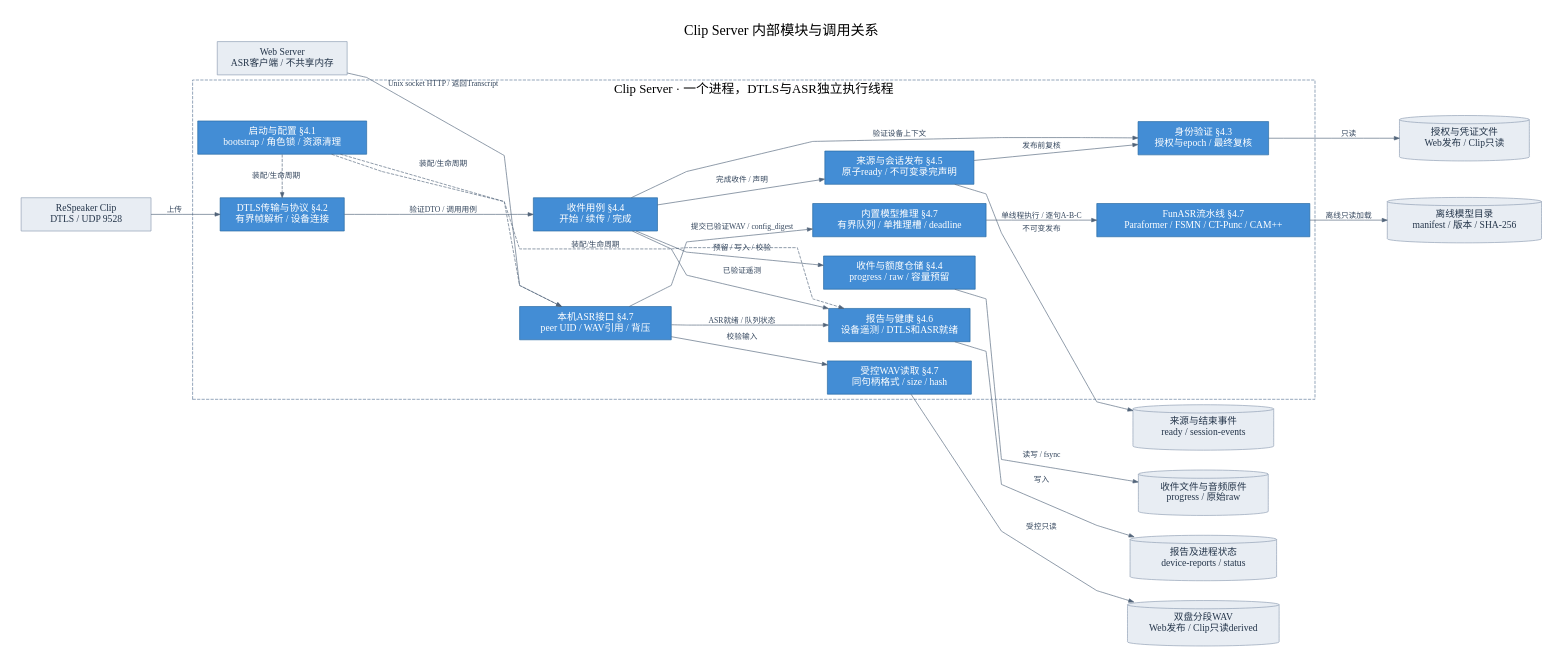
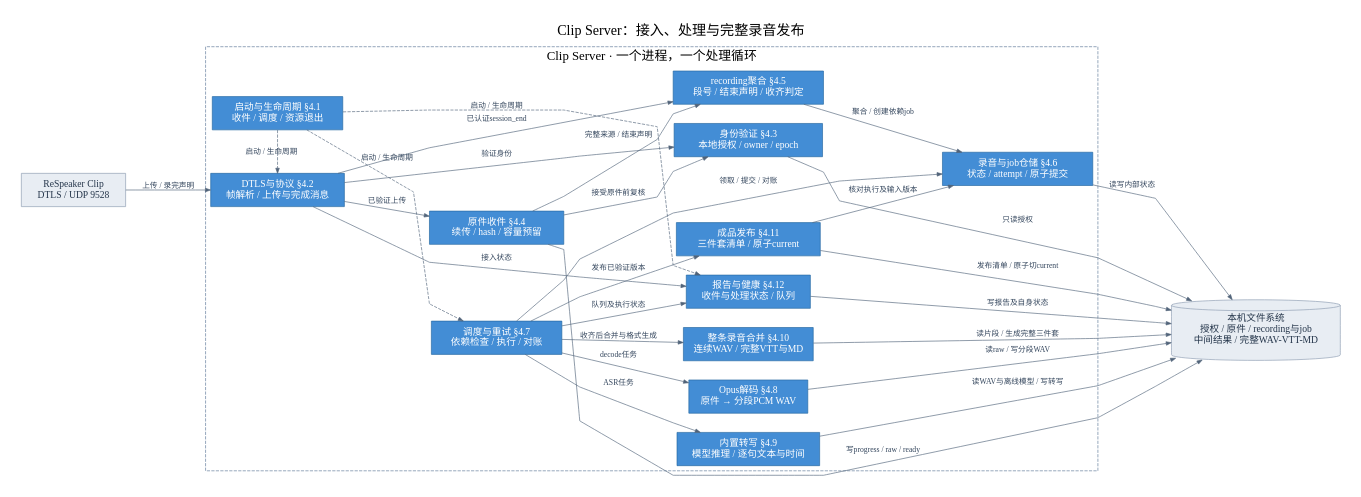
The diagram in docs/assets/diagrams/09-clip-components.dot (boboliu-1010/speaker), drawn with Graphviz before and after one commit. The commit also changed 14 other files, not shown here.

```diff
--- a/docs/assets/diagrams/09-clip-components.dot
+++ b/docs/assets/diagrams/09-clip-components.dot
@@ -1,48 +1,47 @@
 digraph G {
-graph [rankdir=LR, bgcolor="white", pad="0.35", nodesep="0.42", ranksep="0.65", splines=polyline, fontname="PingFang SC", fontsize=22, labelloc=t, label="Clip Server 内部模块与调用关系"];
-node [shape=box, style="filled", fillcolor="#438dd5", color="#2366a0", fontcolor=white, fontname="PingFang SC", fontsize=15, margin="0.18,0.12"];
+graph [rankdir=LR, bgcolor="white", pad="0.35", nodesep="0.42", ranksep="0.7", splines=polyline, fontname="PingFang SC", fontsize=22, labelloc=t, label="Clip Server：接入、处理与完整录音发布"];
+node [shape=box, style=filled, fillcolor="#438dd5", color="#2366a0", fontcolor=white, fontname="PingFang SC", fontsize=15, margin="0.18,0.12"];
 edge [fontname="PingFang SC", fontsize=12, color="#516379", fontcolor="#34465d", arrowsize=0.8];
-subgraph cluster_service {
-label="Clip Server · 一个进程，DTLS与ASR独立执行线程"; color="#5a7596"; style=dashed; fontsize=20;
-boot [width=3.67, label="启动与配置 §4.1\nbootstrap / 角色锁 / 资源清理"];
-dtls [width=2.70, label="DTLS传输与协议 §4.2\n有界帧解析 / 设备连接"];
-upload [width=2.70, label="收件用例 §4.4\n开始 / 续传 / 完成"];
-auth [width=2.83, label="身份验证 §4.3\n授权与epoch / 最终复核"];
-files [width=3.29, label="收件与额度仓储 §4.4\nprogress / raw / 容量预留"];
-publish [width=3.24, label="来源与会话发布 §4.5\n原子ready / 不可变录完声明"];
-report [width=3.07, label="报告与健康 §4.6\n设备遥测 / DTLS和ASR就绪"];
-api [width=3.29, label="本机ASR接口 §4.7\npeer UID / WAV引用 / 背压"];
-wavread [width=3.13, label="受控WAV读取 §4.7\n同句柄格式 / size / hash"];
-infer [width=3.76, label="内置模型推理 §4.7\n有界队列 / 单推理槽 / deadline"];
-model [width=4.63, label="FunASR流水线 §4.7\nParaformer / FSMN / CT-Punc / CAM++"];
+subgraph cluster_service { label="Clip Server · 一个进程，一个处理循环"; color="#5a7596"; style=dashed; fontsize=20;
+boot [width=2.84, label="启动与生命周期 §4.1\n收件 / 调度 / 资源退出"];
+protocol [width=2.90, label="DTLS与协议 §4.2\n帧解析 / 上传与完成消息"];
+auth [width=3.22, label="身份验证 §4.3\n本地授权 / owner / epoch"];
+upload [width=2.91, label="原件收件 §4.4\n续传 / hash / 容量预留"];
+group [width=3.26, label="recording聚合 §4.5\n段号 / 结束声明 / 收齐判定"];
+repo [width=3.27, label="录音与job仓储 §4.6\n状态 / attempt / 原子提交"];
+worker [width=2.84, label="调度与重试 §4.7\n依赖检查 / 执行 / 对账"];
+decode [width=2.58, label="Opus解码 §4.8\n原件 → 分段PCM WAV"];
+asr [width=3.10, label="内置转写 §4.9\n模型推理 / 逐句文本与时间"];
+merge [width=2.82, label="整条录音合并 §4.10\n连续WAV / 完整VTT与MD"];
+publish [width=3.12, label="成品发布 §4.11\n三件套清单 / 原子current"];
+health [width=2.69, label="报告与健康 §4.12\n收件与处理状态 / 队列"];
 }
-device [width=2.82, shape=box, fillcolor="#e8edf3", color="#8b9bb0", fontcolor="#24354a", label="ReSpeaker Clip\nDTLS / UDP 9528"];
-web [width=2.82, shape=box, fillcolor="#e8edf3", color="#8b9bb0", fontcolor="#24354a", label="Web Server\nASR客户端 / 不共享内存"];
-authfile [width=2.82, shape=cylinder, fillcolor="#e8edf3", color="#8b9bb0", fontcolor="#24354a", label="授权与凭证文件\nWeb发布 / Clip只读"];
-raw [width=2.82, shape=cylinder, fillcolor="#e8edf3", color="#8b9bb0", fontcolor="#24354a", label="收件文件与音频原件\nprogress / 原始raw"];
-ready [width=3.06, shape=cylinder, fillcolor="#e8edf3", color="#8b9bb0", fontcolor="#24354a", label="来源与结束事件\nready / session-events"];
-reports [width=3.18, shape=cylinder, fillcolor="#e8edf3", color="#8b9bb0", fontcolor="#24354a", label="报告及进程状态\ndevice-reports / status"];
-wav [width=3.29, shape=cylinder, fillcolor="#e8edf3", color="#8b9bb0", fontcolor="#24354a", label="双盘分段WAV\nWeb发布 / Clip只读derived"];
-weights [width=3.35, shape=cylinder, fillcolor="#e8edf3", color="#8b9bb0", fontcolor="#24354a", label="离线模型目录\nmanifest / 版本 / SHA-256"];
-device -> dtls [label="上传"];
-dtls -> upload [label="验证DTO / 调用用例"];
-upload -> auth [label="验证设备上下文"];
-auth -> authfile [label="只读"];
-upload -> files [label="预留 / 写入 / 校验"];
-files -> raw [label="读写 / fsync"];
-upload -> publish [label="完成收件 / 声明"];
-publish -> auth [label="发布前复核"];
-publish -> ready [label="不可变发布"];
-upload -> report [label="已验证遥测"];
-report -> reports [label="写入"];
-web -> api [label="Unix socket HTTP / 返回Transcript"];
-api -> wavread [label="校验输入"];
-wavread -> wav [label="受控只读"];
-api -> infer [label="提交已验证WAV / config_digest"];
-infer -> model [label="单线程执行 / 逐句A-B-C"];
-model -> weights [label="离线只读加载"];
-api -> report [label="ASR就绪 / 队列状态"];
-boot -> dtls [style=dashed, label="装配/生命周期", constraint=false];
-boot -> api [style=dashed, label="装配/生命周期", constraint=false];
-boot -> report [style=dashed, label="装配/生命周期", constraint=false];
+device [shape=box, width=2.26, fillcolor="#e8edf3", color="#8b9bb0", fontcolor="#24354a", label="ReSpeaker Clip\nDTLS / UDP 9528"];
+fs [shape=cylinder, width=3.67, fillcolor="#e8edf3", color="#8b9bb0", fontcolor="#24354a", label="本机文件系统\n授权 / 原件 / recording与job\n中间结果 / 完整WAV-VTT-MD"];
+device -> protocol [label="上传 / 录完声明"];
+protocol -> auth [label="验证身份"];
+auth -> fs [label="只读授权"];
+protocol -> upload [label="已验证上传"];
+protocol -> group [label="已认证session_end"];
+upload -> auth [label="接受原件前复核"];
+upload -> fs [label="写progress / raw / ready"];
+upload -> group [label="完整来源 / 结束声明"];
+group -> repo [label="聚合 / 创建依赖job"];
+repo -> fs [label="读写内部状态"];
+worker -> repo [label="领取 / 提交 / 对账"];
+worker -> decode [label="decode任务"];
+decode -> fs [label="读raw / 写分段WAV"];
+worker -> asr [label="ASR任务"];
+asr -> fs [label="读WAV与离线模型 / 写转写"];
+worker -> merge [label="收齐后合并与格式生成"];
+merge -> fs [label="读片段 / 生成完整三件套"];
+worker -> publish [label="发布已验证版本"];
+publish -> repo [label="核对执行及输入版本"];
+publish -> fs [label="发布清单 / 原子切current"];
+worker -> health [label="队列及执行状态"];
+protocol -> health [label="接入状态"];
+health -> fs [label="写报告及自身状态"];
+boot -> protocol [style=dashed, label="启动 / 生命周期", constraint=false];
+boot -> worker [style=dashed, label="启动 / 生命周期", constraint=false];
+boot -> health [style=dashed, label="启动 / 生命周期", constraint=false];
 }
```
